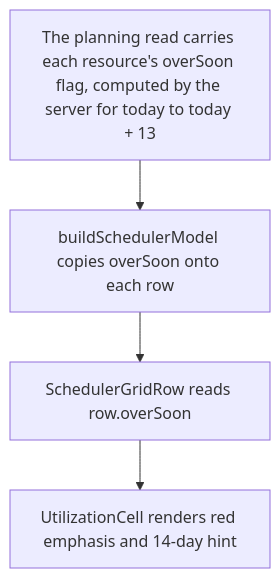
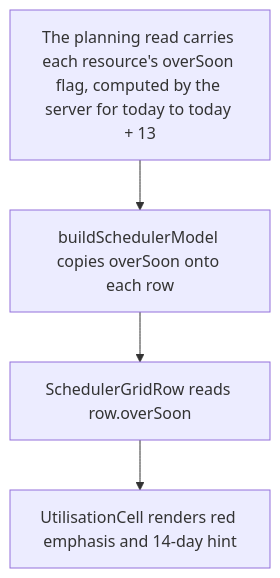
Before and after one commit to Kevinjohn/capacitylens: the second of 2 diagrams in user-stories/scheduler/US-SCH-13-utilisation-flag.md, drawn with Mermaid. The commit also changed 48 other files, not shown here.

````diff
--- a/user-stories/scheduler/US-SCH-13-utilisation-flag.md
+++ b/user-stories/scheduler/US-SCH-13-utilisation-flag.md
@@ -34,6 +34,6 @@
 ```mermaid
 flowchart TD
   A["The planning read carries each resource's overSoon flag, computed by the server for today to today + 13"] --> B["buildSchedulerModel copies overSoon onto each row"]
   B --> C["SchedulerGridRow reads row.overSoon"]
-  C --> D["UtilizationCell renders red emphasis and 14-day hint"]
+  C --> D["UtilisationCell renders red emphasis and 14-day hint"]
 ```
````
